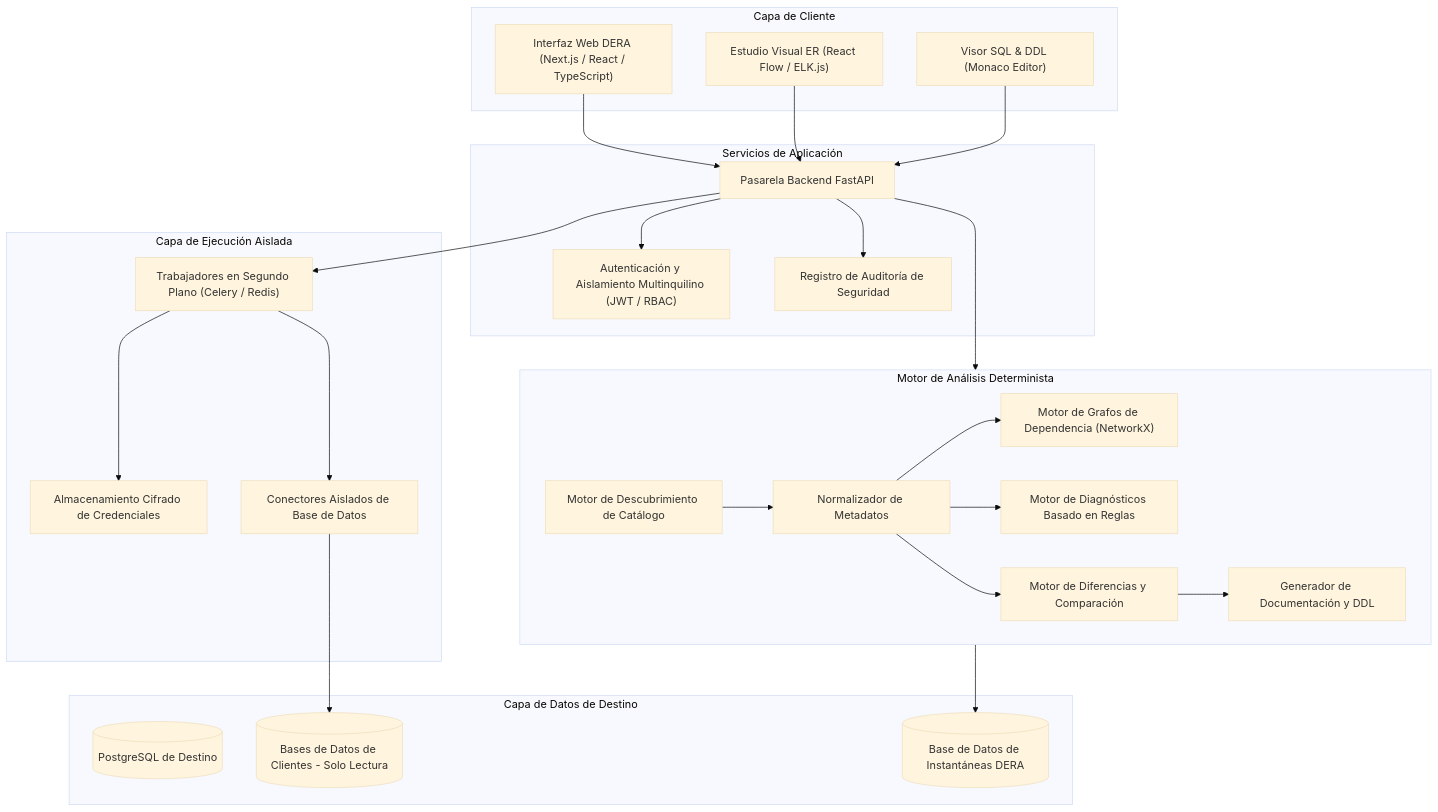
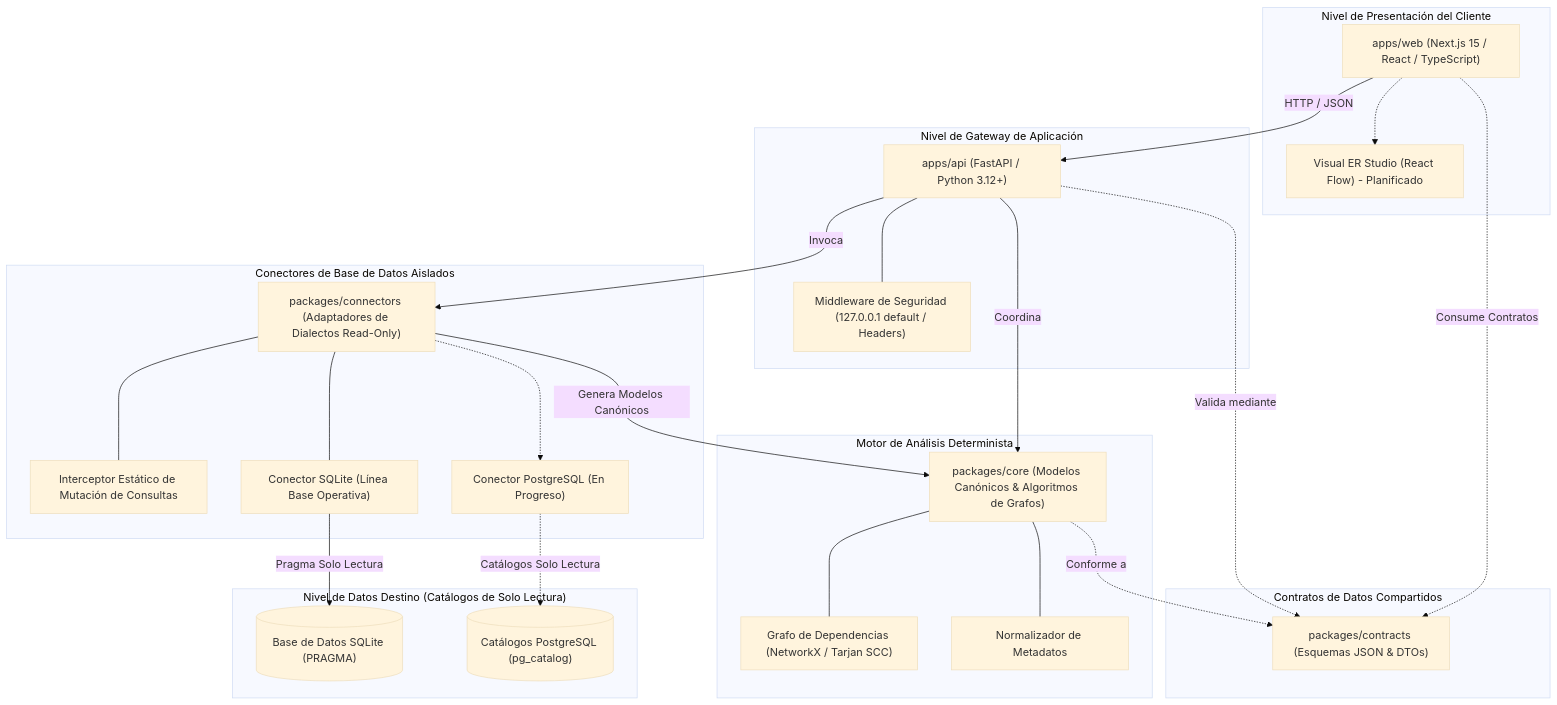
One commit to krishanth7/dera changed the diagram in docs/i18n/README.es.md. Above: the diagram before and after it, drawn with Mermaid (base theme). The commit also changed other lines of this file and 4 other files, not shown here.

````diff
--- a/docs/i18n/README.es.md
+++ b/docs/i18n/README.es.md
@@ -200,52 +148,51 @@
 ```mermaid
 flowchart TD
-    subgraph Client["Capa de Cliente"]
-        UI["Interfaz Web DERA (Next.js / React / TypeScript)"]
-        ERD["Estudio Visual ER (React Flow / ELK.js)"]
-        Monaco["Visor SQL & DDL (Monaco Editor)"]
+    subgraph Client_Tier["Nivel de Presentación del Cliente"]
+        WEB["apps/web (Next.js 15 / React / TypeScript)"]
+        STUDIO["Visual ER Studio (React Flow) - Planificado"]
+        WEB -.-> STUDIO
     end
 
-    subgraph Gateway["Servicios de Aplicación"]
-        API["Pasarela Backend FastAPI"]
-        Auth["Autenticación y Aislamiento Multinquilino (JWT / RBAC)"]
-        Audit["Registro de Auditoría de Seguridad"]
+    subgraph API_Tier["Nivel de Gateway de Aplicación"]
+        API["apps/api (FastAPI / Python 3.12+)"]
+        MW["Middleware de Seguridad (127.0.0.1 default / Headers)"]
+        API --- MW
     end
 
-    subgraph Core["Motor de Análisis Determinista"]
-        Discovery["Motor de Descubrimiento de Catálogo"]
-        Normalizer["Normalizador de Metadatos"]
-        GraphEngine["Motor de Grafos de Dependencia (NetworkX)"]
-        DiagEngine["Motor de Diagnósticos Basado en Reglas"]
-        DiffEngine["Motor de Diferencias y Comparación"]
-        ExportEngine["Generador de Documentación y DDL"]
+    subgraph Contracts_Tier["Contratos de Datos Compartidos"]
+        CONTRACTS["packages/contracts (Esquemas JSON & DTOs)"]
     end
 
-    subgraph Worker["Capa de Ejecución Aislada"]
-        Celery["Trabajadores en Segundo Plano (Celery / Redis)"]
-        Vault["Almacenamiento Cifrado de Credenciales"]
-        Connectors["Conectores Aislados de Base de Datos"]
+    subgraph Core_Tier["Motor de Análisis Determinista"]
+        CORE["packages/core (Modelos Canónicos & Algoritmos de Grafos)"]
+        DAG["Grafo de Dependencias (NetworkX / Tarjan SCC)"]
+        NORM["Normalizador de Metadatos"]
+        CORE --- DAG
+        CORE --- NORM
     end
 
-    subgraph Databases["Capa de Datos de Destino"]
-        PG[(PostgreSQL de Destino)]
-        CustomerDB[(Bases de Datos de Clientes - Solo Lectura)]
-        Storage[(Base de Datos de Instantáneas DERA)]
+    subgraph Connectors_Tier["Conectores de Base de Datos Aislados"]
+        CONN["packages/connectors (Adaptadores de Dialectos Read-Only)"]
+        GUARD["Interceptor Estático de Mutación de Consultas"]
+        SQLITE["Conector SQLite (Línea Base Operativa)"]
+        PG["Conector PostgreSQL (En Progreso)"]
+        CONN --- GUARD
+        CONN --- SQLITE
+        CONN -.-> PG
     end
 
-    UI --> API
-    ERD --> API
-    Monaco --> API
-    API --> Auth
-    API --> Audit
-    API --> Core
-    API --> Celery
-    Celery --> Vault
-    Celery --> Connectors
-    Connectors --> CustomerDB
-    Core --> Storage
-    Discovery --> Normalizer
-    Normalizer --> GraphEngine
-    Normalizer --> DiagEngine
-    Normalizer --> DiffEngine
-    DiffEngine --> ExportEngine
+    subgraph Target_DBs["Nivel de Datos Destino (Catálogos de Solo Lectura)"]
+        TARGET_SQLITE[("Base de Datos SQLite (PRAGMA)")]
+        TARGET_PG[("Catálogos PostgreSQL (pg_catalog)")]
+    end
+
+    WEB -->|HTTP / JSON| API
+    WEB -.->|Consume Contratos| CONTRACTS
+    API -->|Coordina| CORE
+    API -->|Invoca| CONN
+    API -.->|Valida mediante| CONTRACTS
+    CORE -.->|Conforme a| CONTRACTS
+    CONN -->|Genera Modelos Canónicos| CORE
+    SQLITE -->|Pragma Solo Lectura| TARGET_SQLITE
+    PG -.->|Catálogos Solo Lectura| TARGET_PG
 ```
````
